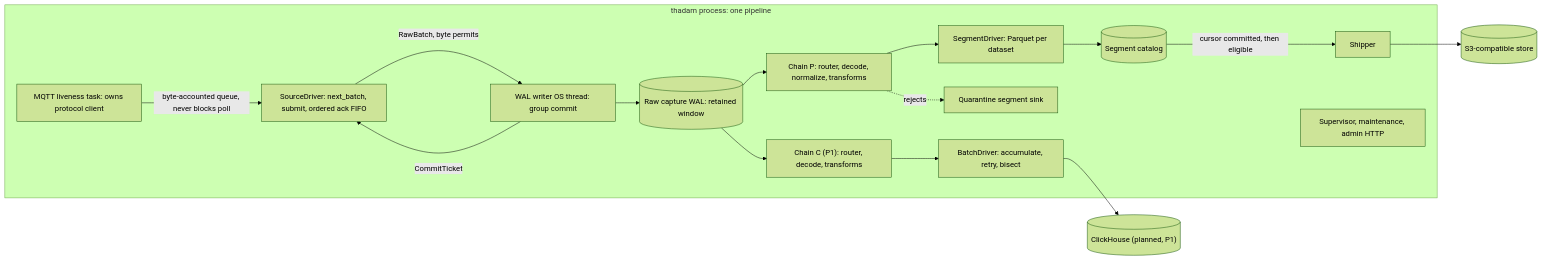
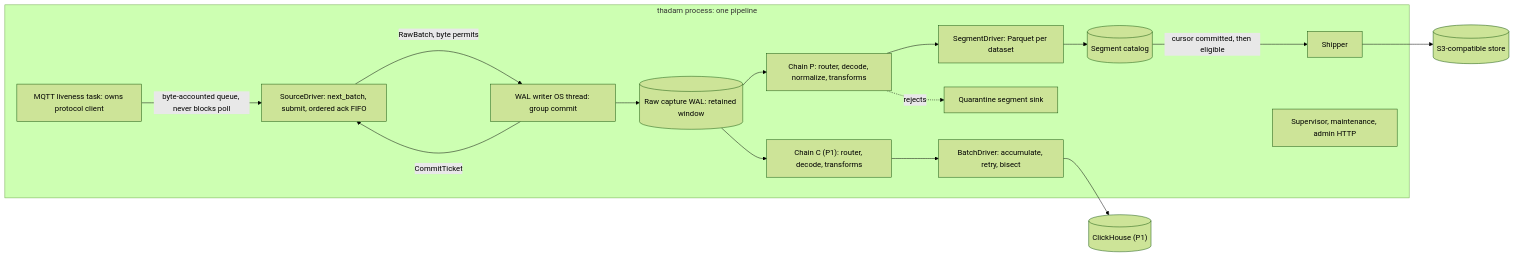
Before and after one commit to Dineshkarthik/thadam: the diagram in README.md, drawn with Mermaid (forest theme). The commit also changed other lines of this file and 30 other files, not shown here.

````diff
--- a/README.md
+++ b/README.md
@@ -63,19 +63,19 @@
 ```mermaid
 flowchart LR
   subgraph proc [thadam process: one pipeline]
     live["MQTT liveness task: owns protocol client"] -->|"byte-accounted queue, never blocks poll"| sdrv["SourceDriver: next_batch, submit, ordered ack FIFO"]
     sdrv -->|"RawBatch, byte permits"| wthr["WAL writer OS thread: group commit"]
     wthr -->|"CommitTicket"| sdrv
     wthr --> wal[("Raw capture WAL: retained window")]
     wal --> chainP["Chain P: router, decode, normalize, transforms"]
     wal --> chainC["Chain C (P1): router, decode, transforms"]
     chainP --> segd["SegmentDriver: Parquet per dataset"]
     chainP -.->|"rejects"| quar["Quarantine segment sink"]
     segd --> cat[("Segment catalog")]
     cat -->|"cursor committed, then eligible"| ship["Shipper"]
     chainC --> bdrv["BatchDriver: accumulate, retry, bisect"]
     sup["Supervisor, maintenance, admin HTTP"]
   end
   ship --> s3[("S3-compatible store")]
-  bdrv --> chdb[("ClickHouse (planned, P1)")]
+  bdrv --> chdb[("ClickHouse (P1)")]
 ```
````
